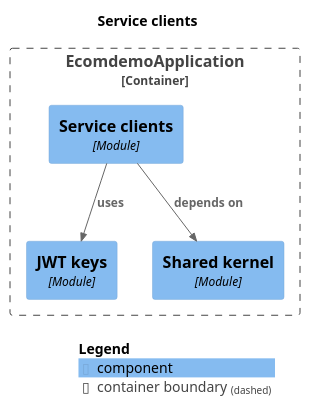
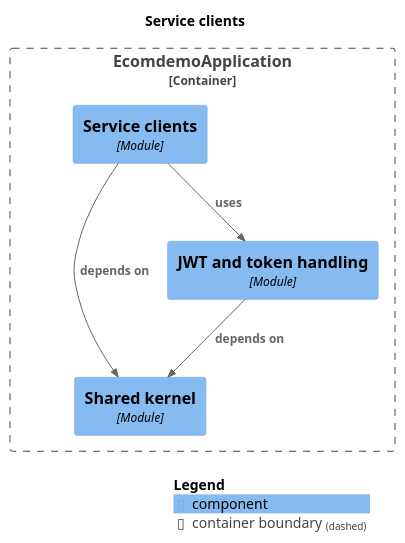
The diagram in docs/modules/module-clients.puml (mr-sujay-patil/ecomdemo), drawn with PlantUML before and after one commit. The commit also changed 96 other files, not shown here.

```diff
--- a/docs/modules/module-clients.puml
+++ b/docs/modules/module-clients.puml
@@ -1,21 +1,22 @@
 @startuml
 set separator none
 title Service clients
 
 top to bottom direction
 
 !include <C4/C4>
 !include <C4/C4_Context>
 !include <C4/C4_Component>
 
 Container_Boundary("EcomdemoApplication.EcomdemoApplication_boundary", "EcomdemoApplication", $tags="") {
-  Component(EcomdemoApplication.EcomdemoApplication.JWTkeys, "JWT keys", $techn="Module", $descr="", $tags="", $link="")
   Component(EcomdemoApplication.EcomdemoApplication.Sharedkernel, "Shared kernel", $techn="Module", $descr="", $tags="", $link="")
+  Component(EcomdemoApplication.EcomdemoApplication.JWTandtokenhandling, "JWT and token handling", $techn="Module", $descr="", $tags="", $link="")
   Component(EcomdemoApplication.EcomdemoApplication.Serviceclients, "Service clients", $techn="Module", $descr="", $tags="", $link="")
 }
 
-Rel(EcomdemoApplication.EcomdemoApplication.Serviceclients, EcomdemoApplication.EcomdemoApplication.JWTkeys, "uses", $techn="", $tags="", $link="")
+Rel(EcomdemoApplication.EcomdemoApplication.JWTandtokenhandling, EcomdemoApplication.EcomdemoApplication.Sharedkernel, "depends on", $techn="", $tags="", $link="")
+Rel(EcomdemoApplication.EcomdemoApplication.Serviceclients, EcomdemoApplication.EcomdemoApplication.JWTandtokenhandling, "uses", $techn="", $tags="", $link="")
 Rel(EcomdemoApplication.EcomdemoApplication.Serviceclients, EcomdemoApplication.EcomdemoApplication.Sharedkernel, "depends on", $techn="", $tags="", $link="")
 
 SHOW_LEGEND(true)
 @enduml
```
